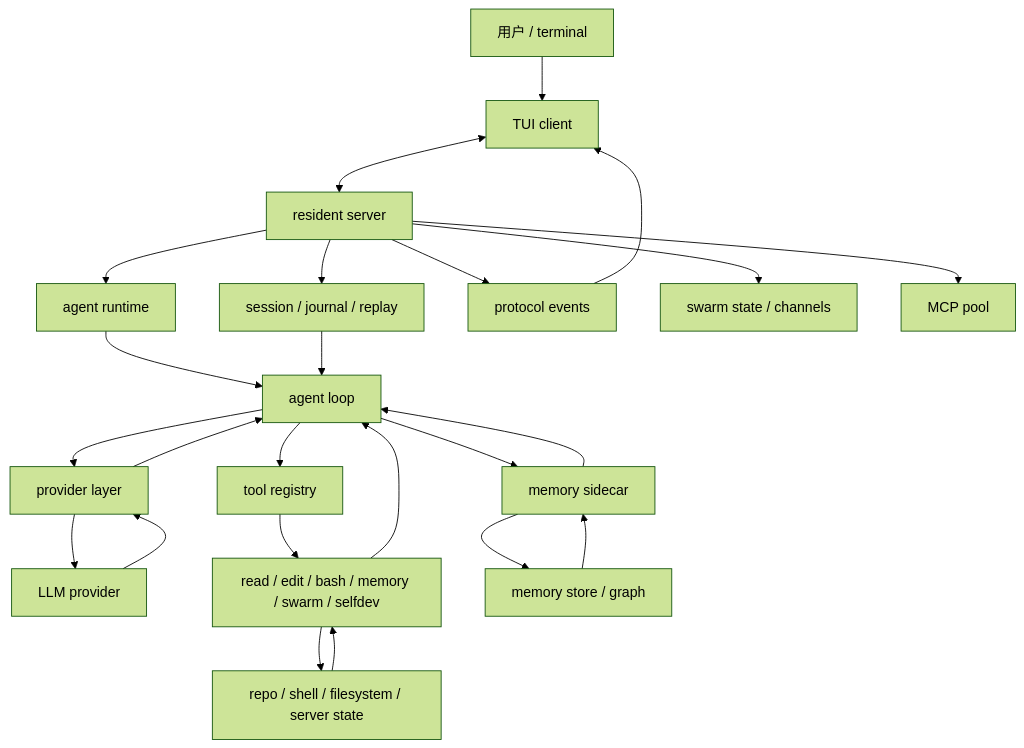
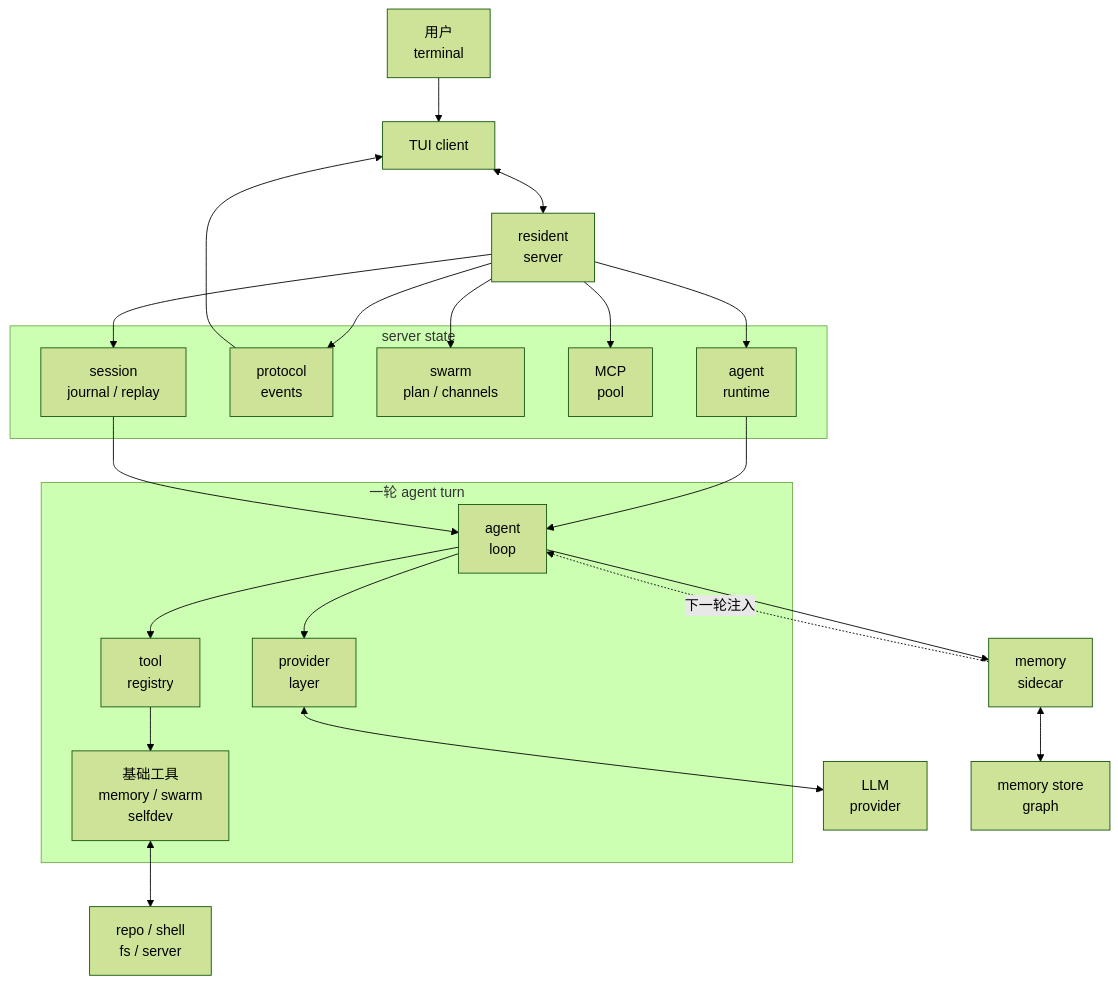
One commit to Br1an67/learn-jcode changed the diagram in docs/zh/00-map.md. Above: the diagram before and after it, drawn with Mermaid (forest theme). The commit also changed 23 other files, not shown here.

Commit message:
Improve Mermaid diagram layout

````diff
--- a/docs/zh/00-map.md
+++ b/docs/zh/00-map.md
@@ -11,31 +11,39 @@
 ```mermaid
 flowchart TD
-  User["用户 / terminal"] --> TUI["TUI client"]
-  TUI <--> Server["resident server"]
+  User["用户<br/>terminal"] --> TUI["TUI client"]
+  TUI <--> Server["resident<br/>server"]
 
-  Server --> Sessions["session / journal / replay"]
-  Server --> Runtime["agent runtime"]
-  Server --> Events["protocol events"]
-  Server --> Swarm["swarm state / channels"]
-  Server --> MCP["MCP pool"]
+  subgraph ServerState["server state"]
+    Sessions["session<br/>journal / replay"]
+    Events["protocol<br/>events"]
+    Swarm["swarm<br/>plan / channels"]
+    MCP["MCP<br/>pool"]
+    Runtime["agent<br/>runtime"]
+  end
 
-  Runtime --> Loop["agent loop"]
-  Loop --> Provider["provider layer"]
-  Provider --> Model["LLM provider"]
-  Model --> Provider
-  Provider --> Loop
+  Server --> Runtime
+  Server --> Sessions
+  Server --> Events
+  Server --> Swarm
+  Server --> MCP
+  Events --> TUI
 
-  Loop --> Registry["tool registry"]
-  Registry --> Tools["read / edit / bash / memory / swarm / selfdev"]
-  Tools --> World["repo / shell / filesystem / server state"]
-  World --> Tools
-  Tools --> Loop
+  subgraph Turn["一轮 agent turn"]
+    Loop["agent<br/>loop"]
+    Provider["provider<br/>layer"]
+    Registry["tool<br/>registry"]
+    Tools["基础工具<br/>memory / swarm<br/>selfdev"]
+  end
 
-  Loop --> MemorySidecar["memory sidecar"]
-  MemorySidecar --> MemoryStore["memory store / graph"]
-  MemoryStore --> MemorySidecar
-  MemorySidecar --> Loop
+  Runtime --> Loop
+  Sessions --> Loop
+  Loop --> Provider
+  Provider <--> Model["LLM<br/>provider"]
+  Loop --> Registry
+  Registry --> Tools
+  Tools <--> World["repo / shell<br/>fs / server"]
 
-  Events --> TUI
-  Sessions --> Loop
+  Loop --> MemorySidecar["memory<br/>sidecar"]
+  MemorySidecar <--> MemoryStore["memory store<br/>graph"]
+  MemorySidecar -. 下一轮注入 .-> Loop
 ```
````
